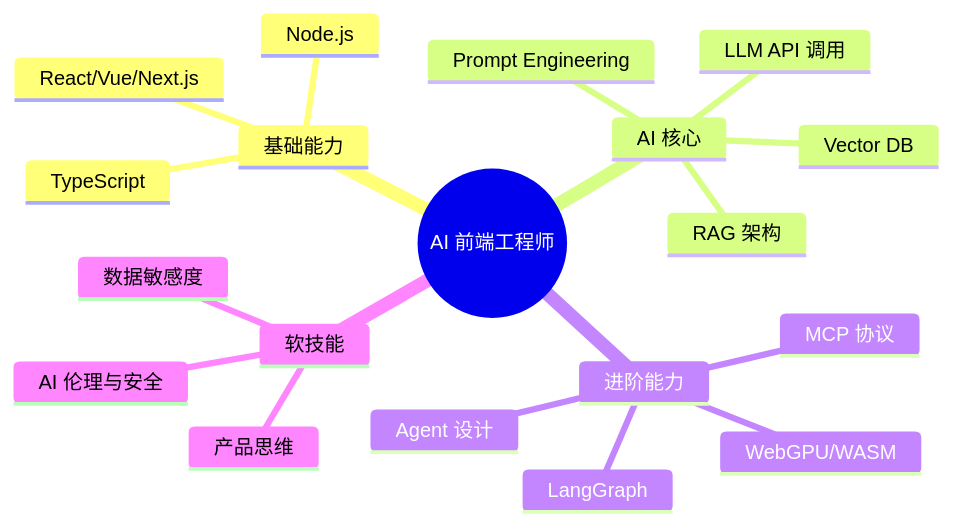
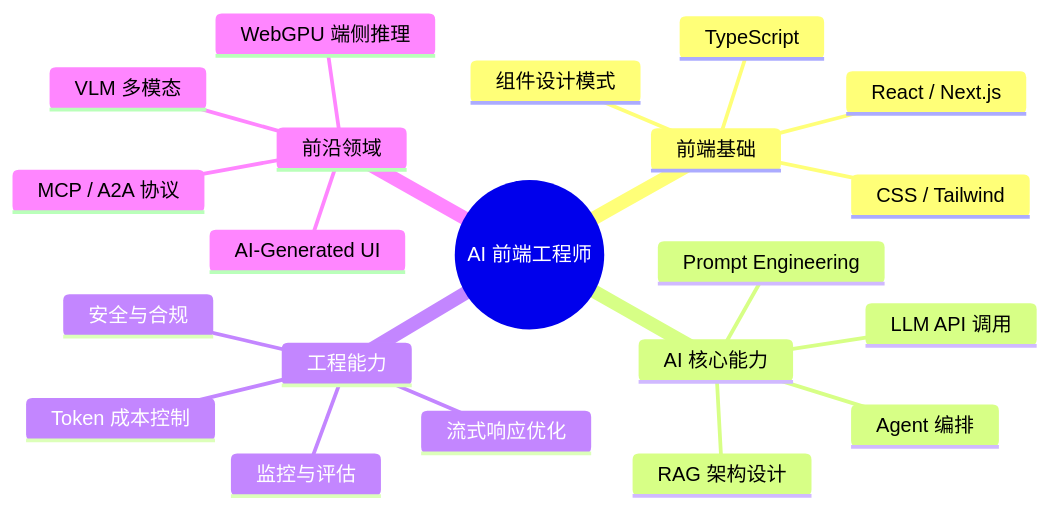
Before and after one commit to KMaybe01/interview-demo: the second of 2 diagrams in docs/S5-AI/实战篇/00-AI推荐学习.md, drawn with Mermaid. The commit also changed other lines of this file and 3 other files, not shown here.

````diff
--- a/docs/S5-AI/实战篇/00-AI推荐学习.md
+++ b/docs/S5-AI/实战篇/00-AI推荐学习.md
@@ -418,22 +39,24 @@
 ```mermaid
 mindmap
-  root((AI 前端工程师))
-    基础能力
-      React/Vue/Next.js
-      TypeScript
-      Node.js
-    AI 核心
-      LLM API 调用
-      Prompt Engineering
-      RAG 架构
-      Vector DB
-    进阶能力
-      Agent 设计
-      WebGPU/WASM
-      MCP 协议
-      LangGraph
-    软技能
-      产品思维
-      数据敏感度
-      AI 伦理与安全
+    root((AI 前端工程师))
+        前端基础
+            React / Next.js
+            TypeScript
+            CSS / Tailwind
+            组件设计模式
+        AI 核心能力
+            LLM API 调用
+            Prompt Engineering
+            RAG 架构设计
+            Agent 编排
+        工程能力
+            流式响应优化
+            Token 成本控制
+            安全与合规
+            监控与评估
+        前沿领域
+            WebGPU 端侧推理
+            MCP / A2A 协议
+            VLM 多模态
+            AI-Generated UI
 ```
````
